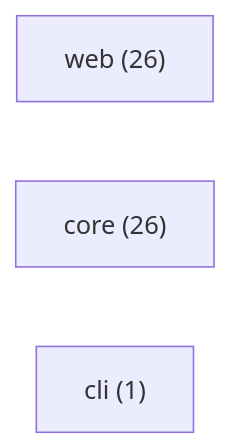
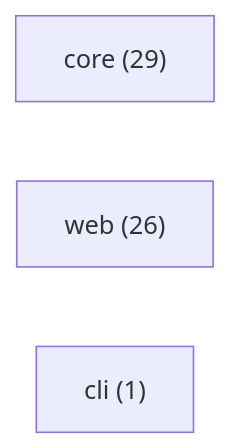
One commit to Conalh/repo-brief changed the diagram in REPO_BRIEF.md. Above: the diagram before and after it, drawn with Mermaid. The commit also changed other lines of this file and 13 other files, not shown here.

````diff
--- a/REPO_BRIEF.md
+++ b/REPO_BRIEF.md
@@ -26,6 +26,6 @@
 ```mermaid
 graph LR
-  n0["web (26)"]
-  n1["core (26)"]
+  n0["core (29)"]
+  n1["web (26)"]
   n2["cli (1)"]
 ```
````
